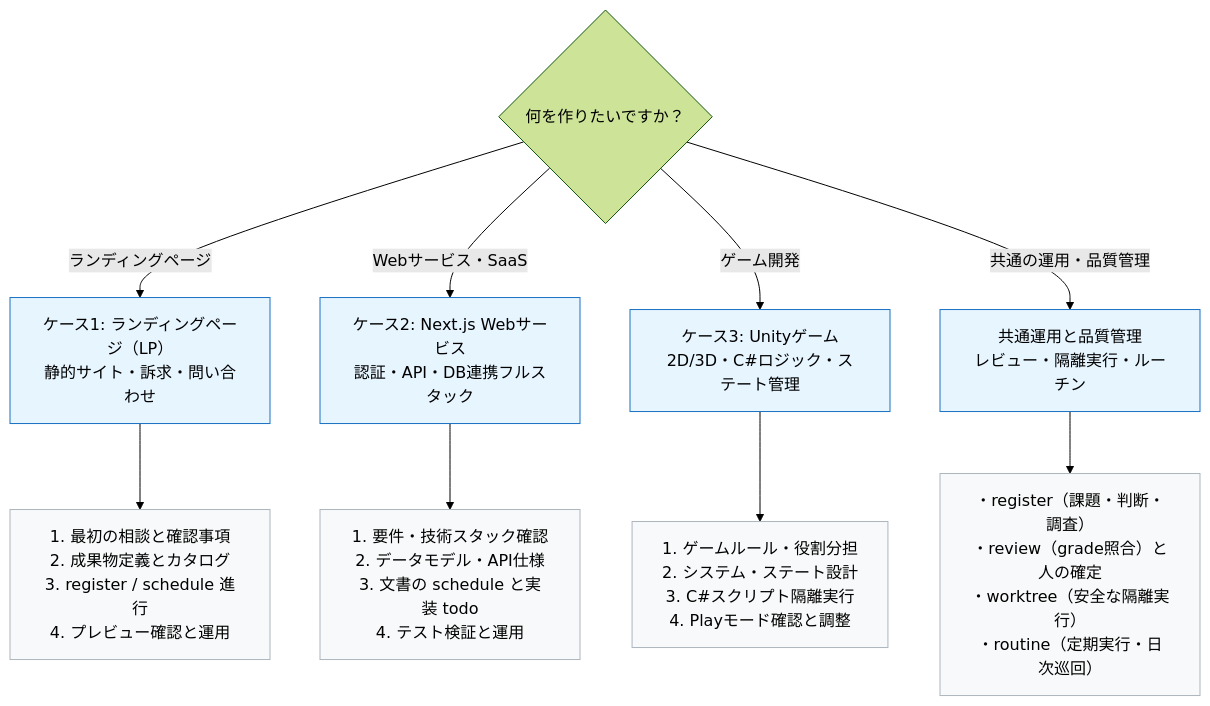
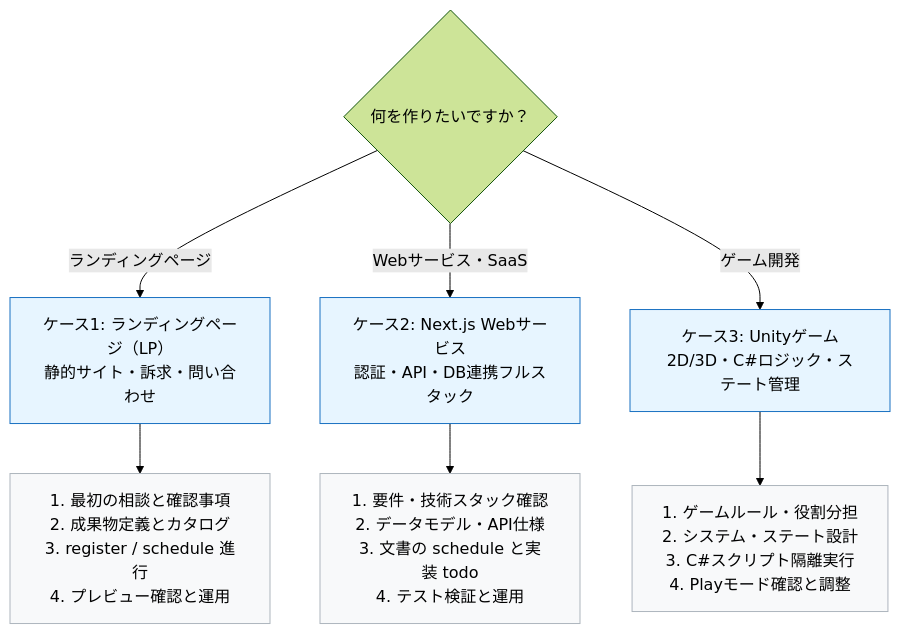
The diagram in docs/ja/specdojo/guides/use-case-guide.md (specdojo/specdojo), drawn with Mermaid (forest theme) before and after one commit. The commit also changed other lines of this file and 109 other files, not shown here.

````diff
--- a/docs/ja/specdojo/guides/use-case-guide.md
+++ b/docs/ja/specdojo/guides/use-case-guide.md
@@ -50,18 +49,16 @@
 ```mermaid
 flowchart TD
   Q{"何を作りたいですか？"}
   Q -->|ランディングページ| C1["ケース1: ランディングページ（LP）<br/>静的サイト・訴求・問い合わせ"]
   Q -->|Webサービス・SaaS| C2["ケース2: Next.js Webサービス<br/>認証・API・DB連携フルスタック"]
   Q -->|ゲーム開発| C3["ケース3: Unityゲーム<br/>2D/3D・C#ロジック・ステート管理"]
-  Q -->|共通の運用・品質管理| C4["共通運用と品質管理<br/>レビュー・隔離実行・ルーチン"]
 
   C1 --> D1["1. 最初の相談と確認事項<br/>2. 成果物定義とカタログ<br/>3. register / schedule 進行<br/>4. プレビュー確認と運用"]
   C2 --> D2["1. 要件・技術スタック確認<br/>2. データモデル・API仕様<br/>3. 文書の schedule と実装 todo<br/>4. テスト検証と運用"]
   C3 --> D3["1. ゲームルール・役割分担<br/>2. システム・ステート設計<br/>3. C#スクリプト隔離実行<br/>4. Playモード確認と調整"]
-  C4 --> D4["・register（課題・判断・調査）<br/>・review（grade照合）と人の確定<br/>・worktree（安全な隔離実行）<br/>・routine（定期実行・日次巡回）"]
 
   classDef caseNode fill:#e7f5ff,stroke:#1971c2,color:#000;
   classDef detailNode fill:#f8f9fa,stroke:#adb5bd,color:#000;
-  class C1,C2,C3,C4 caseNode;
-  class D1,D2,D3,D4 detailNode;
+  class C1,C2,C3 caseNode;
+  class D1,D2,D3 detailNode;
 ```
````
